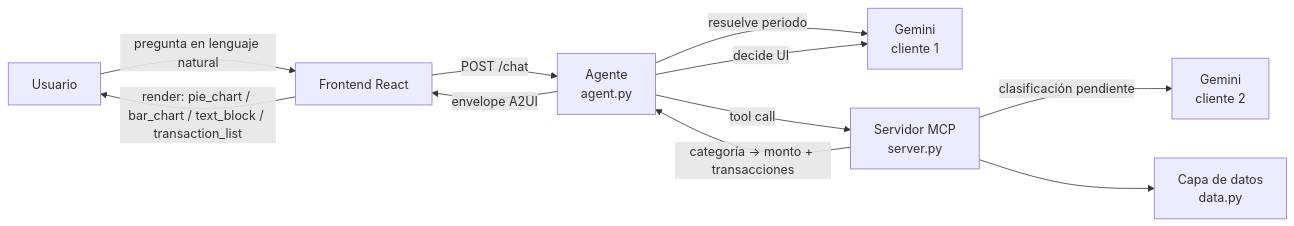
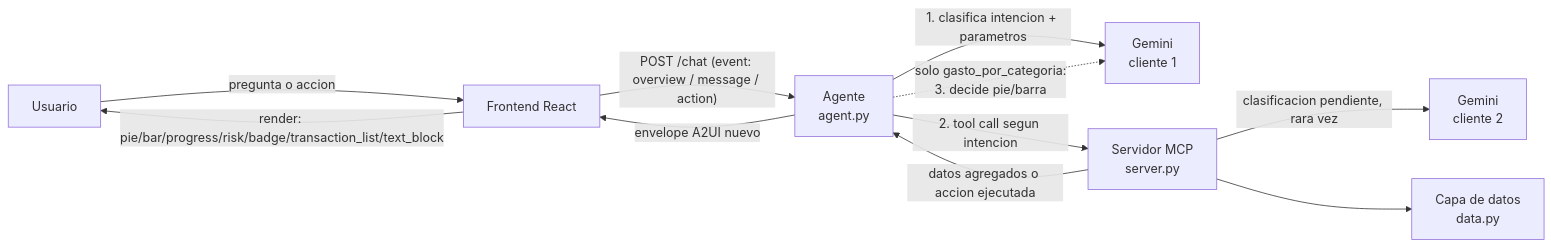
The diagram in docs/arquitectura.md (eCastilloe/Banca-Facil), drawn with Mermaid before and after one commit. The commit also changed other lines of this file, not shown here.

````diff
--- a/docs/arquitectura.md
+++ b/docs/arquitectura.md
@@ -11,13 +13,13 @@
 ```mermaid
 flowchart LR
-    U[Usuario] -->|pregunta en lenguaje natural| FE[Frontend React]
-    FE -->|POST /chat| AG[Agente\nagent.py]
-    AG -->|resuelve periodo| GEM1[Gemini\ncliente 1]
-    AG -->|tool call| MCP[Servidor MCP\nserver.py]
-    MCP -->|clasificación pendiente| GEM2[Gemini\ncliente 2]
+    U[Usuario] -->|pregunta o accion| FE[Frontend React]
+    FE -->|"POST /chat (event: overview / message / action)"| AG[Agente\nagent.py]
+    AG -->|"1. clasifica intencion + parametros"| GEM1[Gemini\ncliente 1]
+    AG -->|"2. tool call segun intencion"| MCP[Servidor MCP\nserver.py]
+    MCP -->|clasificacion pendiente, rara vez| GEM2[Gemini\ncliente 2]
     MCP --> DATA[Capa de datos\ndata.py]
-    MCP -->|categoría → monto + transacciones| AG
-    AG -->|decide UI| GEM1
-    AG -->|envelope A2UI| FE
-    FE -->|render: pie_chart / bar_chart / text_block / transaction_list| U
+    MCP -->|datos agregados o accion ejecutada| AG
+    AG -.->|"solo gasto_por_categoria:\n3. decide pie/barra"| GEM1
+    AG -->|envelope A2UI nuevo| FE
+    FE -->|render: pie/bar/progress/risk/badge/transaction_list/text_block| U
 ```
````
